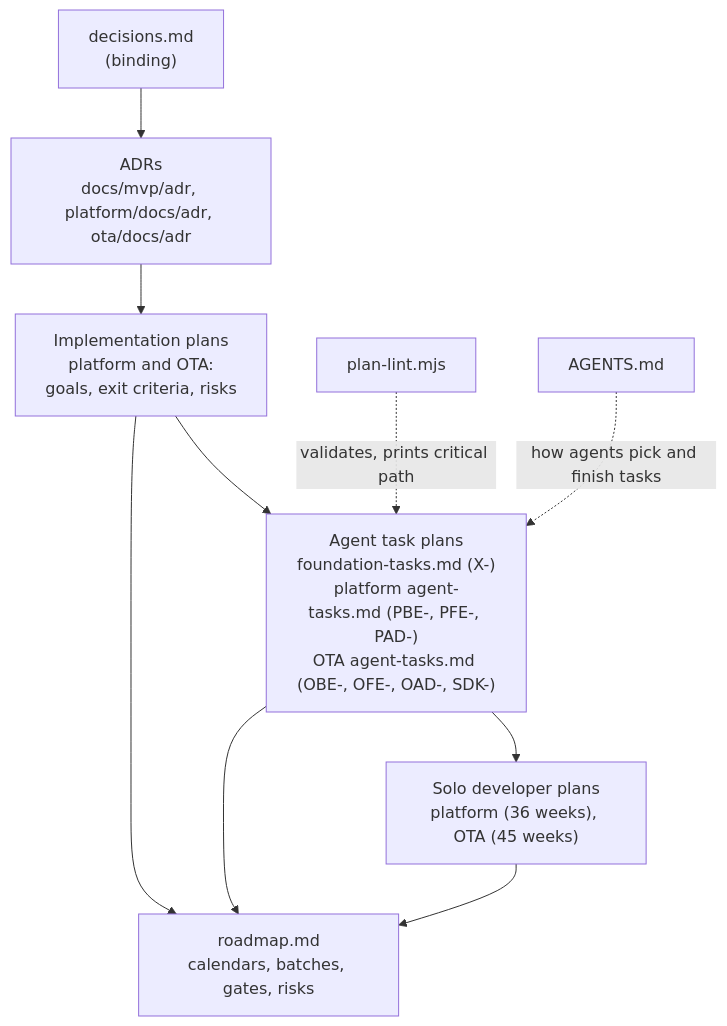
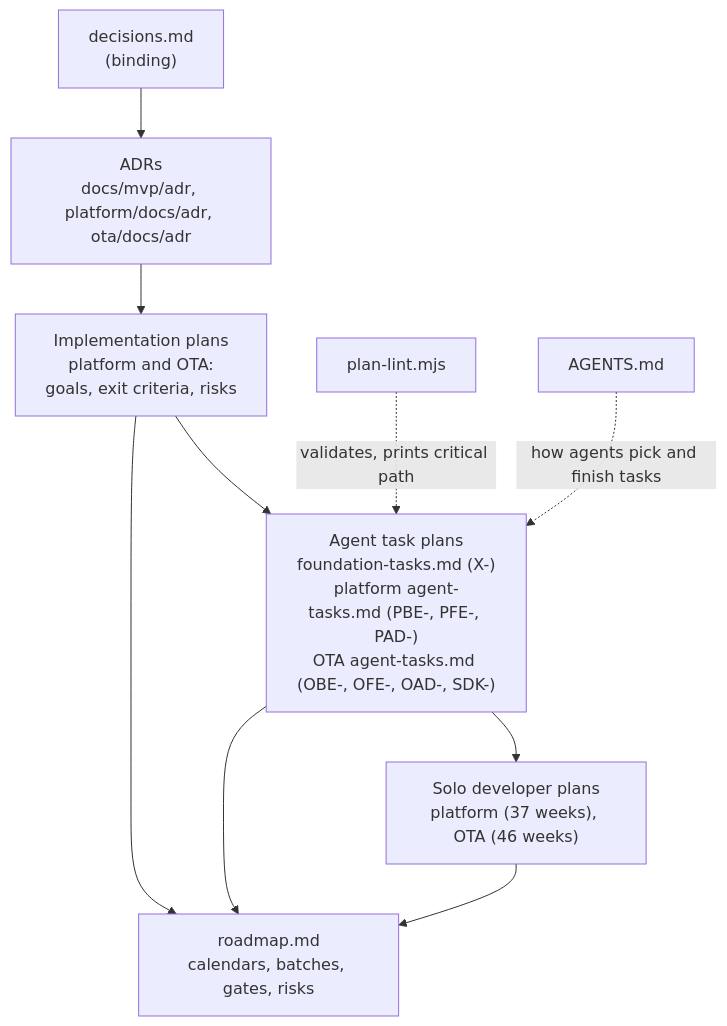
One commit to bhagwati-prasad/velexis-ota changed the diagram in docs/mvp/plans/README.md. Above: the diagram before and after it, drawn with Mermaid. The commit also changed other lines of this file and 15 other files, not shown here.

````diff
--- a/docs/mvp/plans/README.md
+++ b/docs/mvp/plans/README.md
@@ -22,12 +22,12 @@
 ```mermaid
 flowchart TD
   D["decisions.md<br/>(binding)"] --> A["ADRs<br/>docs/mvp/adr, platform/docs/adr, ota/docs/adr"]
   A --> IP["Implementation plans<br/>platform and OTA:<br/>goals, exit criteria, risks"]
   IP --> AT["Agent task plans<br/>foundation-tasks.md (X-)<br/>platform agent-tasks.md (PBE-, PFE-, PAD-)<br/>OTA agent-tasks.md (OBE-, OFE-, OAD-, SDK-)"]
-  AT --> SP["Solo developer plans<br/>platform (36 weeks), OTA (45 weeks)"]
+  AT --> SP["Solo developer plans<br/>platform (37 weeks), OTA (46 weeks)"]
   AT --> R["roadmap.md<br/>calendars, batches, gates, risks"]
   IP --> R
   SP --> R
   L["plan-lint.mjs"] -. validates, prints critical path .-> AT
   AG["AGENTS.md"] -. how agents pick and finish tasks .-> AT
 ```
````
